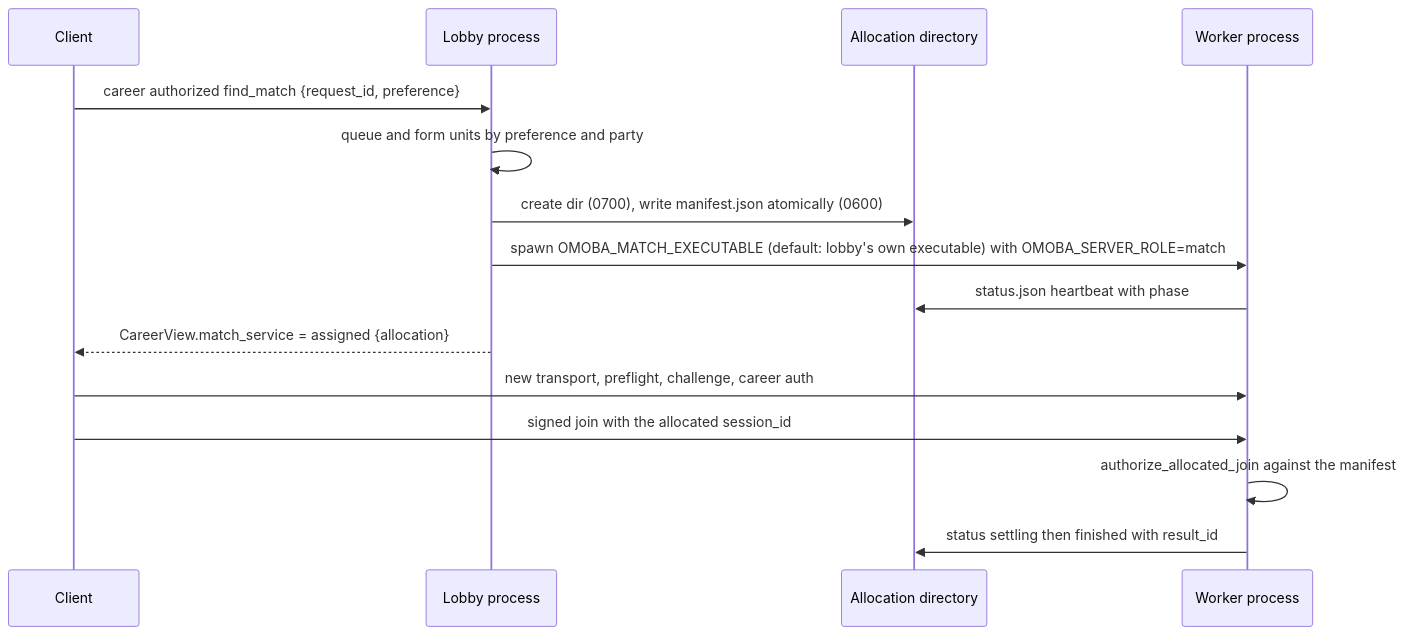
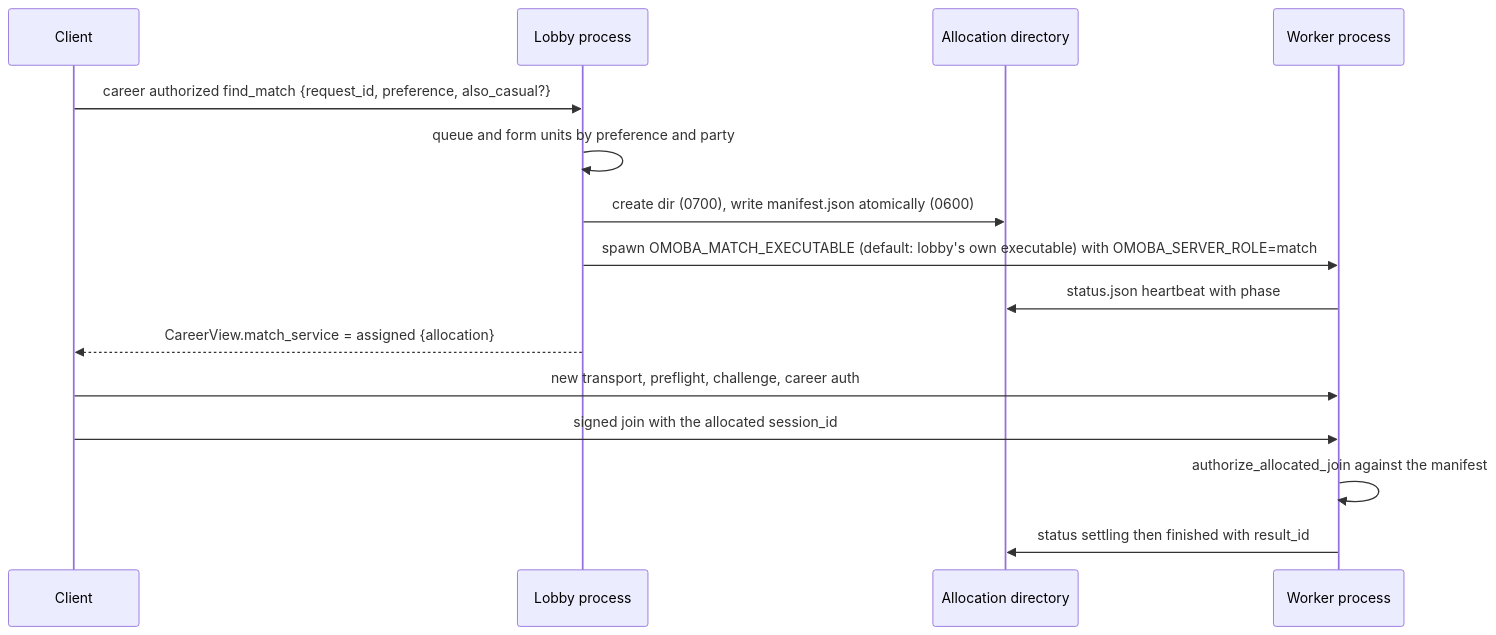
The second of 3 diagrams in docs/architecture/protocols.md (o-moba/omoba-bevy), drawn with Mermaid before and after one commit. The commit also changed other lines of this file and 47 other files, not shown here.

````diff
--- a/docs/architecture/protocols.md
+++ b/docs/architecture/protocols.md
@@ -244,17 +244,17 @@
 ```mermaid
 sequenceDiagram
     participant C as Client
     participant L as Lobby process
     participant D as Allocation directory
     participant W as Worker process
-    C->>L: career authorized find_match {request_id, preference}
+    C->>L: career authorized find_match {request_id, preference, also_casual?}
     L->>L: queue and form units by preference and party
     L->>D: create dir (0700), write manifest.json atomically (0600)
     L->>W: spawn OMOBA_MATCH_EXECUTABLE (default: lobby's own executable) with OMOBA_SERVER_ROLE=match
     W->>D: status.json heartbeat with phase
     L-->>C: CareerView.match_service = assigned {allocation}
     C->>W: new transport, preflight, challenge, career auth
     C->>W: signed join with the allocated session_id
     W->>W: authorize_allocated_join against the manifest
     W->>D: status settling then finished with result_id
 ```
````
